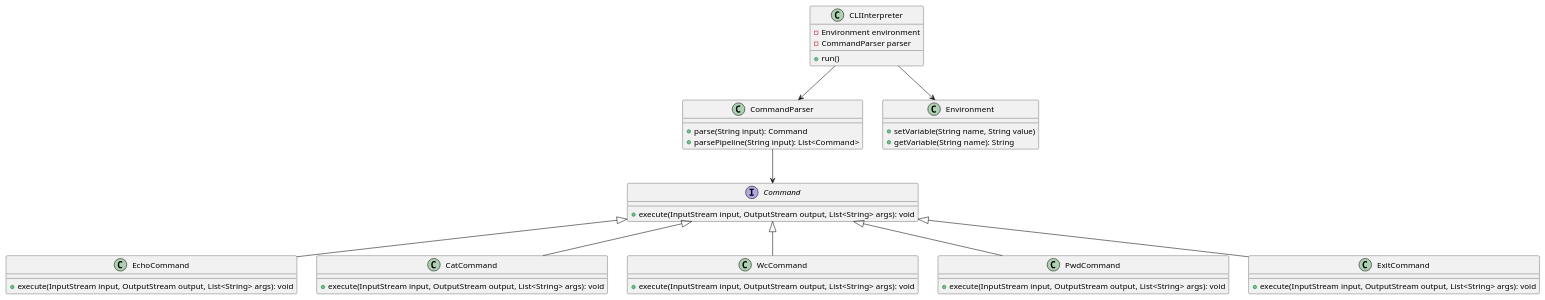
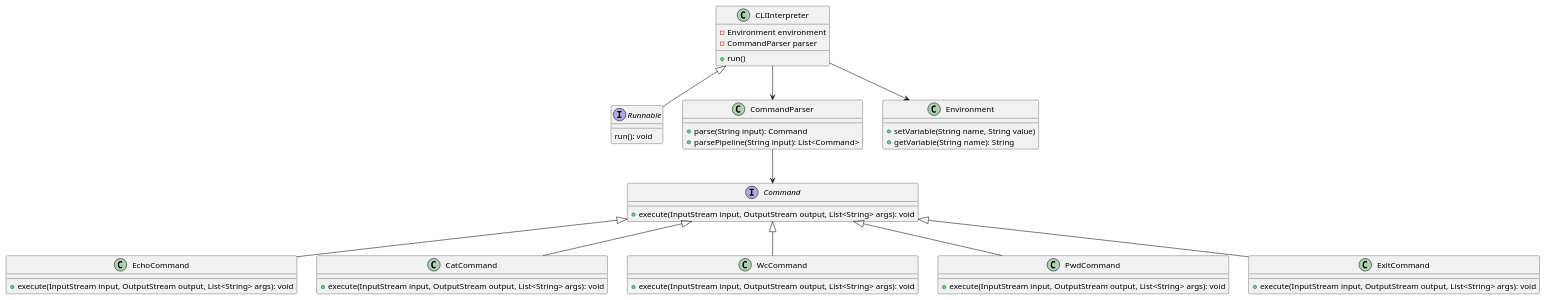
The diagram in docs/classes.puml (itmo-software-design/cli), drawn with PlantUML before and after one commit.

Commit message:
Update classes.puml
Не уверен, over engineering ли это, но добавил interface Runnable.

Что означает `CommandParser --> Command`?

```diff
--- a/docs/classes.puml
+++ b/docs/classes.puml
@@ -1,51 +1,57 @@
 @startuml
+
+interface Runnable {
+    run(): void
+}
+
 class CLIInterpreter {
     - Environment environment
     - CommandParser parser
     + run()
 }
 
 class CommandParser {
     + parse(String input): Command
     + parsePipeline(String input): List<Command>
 }
 
 class Environment {
     + setVariable(String name, String value)
     + getVariable(String name): String
 }
 
 interface Command {
     + execute(InputStream input, OutputStream output, List<String> args): void
 }
 
 class EchoCommand {
     + execute(InputStream input, OutputStream output, List<String> args): void
 }
 
 class CatCommand {
     + execute(InputStream input, OutputStream output, List<String> args): void
 }
 
 class WcCommand {
     + execute(InputStream input, OutputStream output, List<String> args): void
 }
 
 class PwdCommand {
     + execute(InputStream input, OutputStream output, List<String> args): void
 }
 
 class ExitCommand {
     + execute(InputStream input, OutputStream output, List<String> args): void
 }
 
 CLIInterpreter --> CommandParser
 CLIInterpreter --> Environment
+CLIInterpreter <|-- Runnable
 CommandParser --> Command
 Command <|-- EchoCommand
 Command <|-- CatCommand
 Command <|-- WcCommand
 Command <|-- PwdCommand
 Command <|-- ExitCommand
 
 @enduml
```
